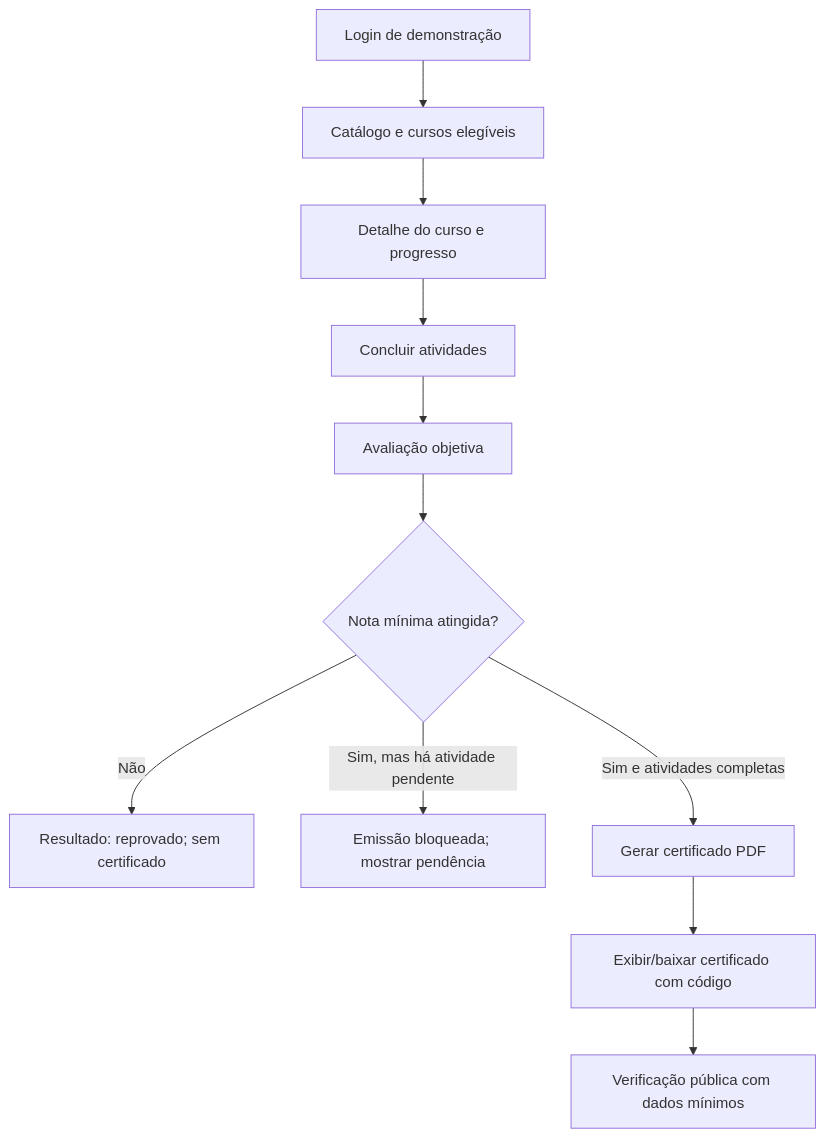
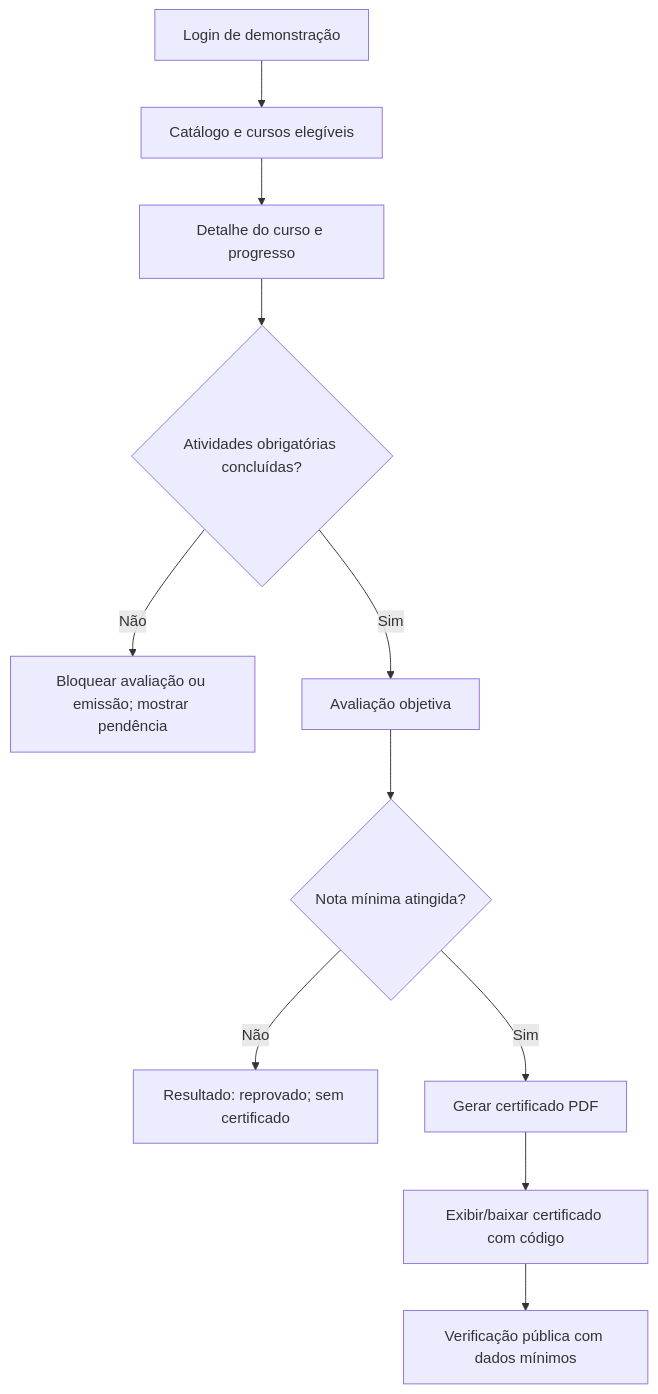
One commit to bernardo003/portal-treinamentos-certificados changed the diagram in docs/entrega-02-planejamento-testes.md. Above: the diagram before and after it, drawn with Mermaid. The commit also changed other lines of this file, not shown here.

Commit message:
Ajusta fluxo e caso de avaliação pendente

````diff
--- a/docs/entrega-02-planejamento-testes.md
+++ b/docs/entrega-02-planejamento-testes.md
@@ -155,13 +155,13 @@
 ```mermaid
 flowchart TD
   A[Login de demonstração] --> B[Catálogo e cursos elegíveis]
   B --> C[Detalhe do curso e progresso]
-  C --> D[Concluir atividades]
-  D --> E[Avaliação objetiva]
+  C --> D{Atividades obrigatórias concluídas?}
+  D -- Não --> H[Bloquear avaliação ou emissão; mostrar pendência]
+  D -- Sim --> E[Avaliação objetiva]
   E --> F{Nota mínima atingida?}
   F -- Não --> G[Resultado: reprovado; sem certificado]
-  F -- Sim, mas há atividade pendente --> H[Emissão bloqueada; mostrar pendência]
-  F -- Sim e atividades completas --> I[Gerar certificado PDF]
+  F -- Sim --> I[Gerar certificado PDF]
   I --> J[Exibir/baixar certificado com código]
   J --> K[Verificação pública com dados mínimos]
 ```
````
